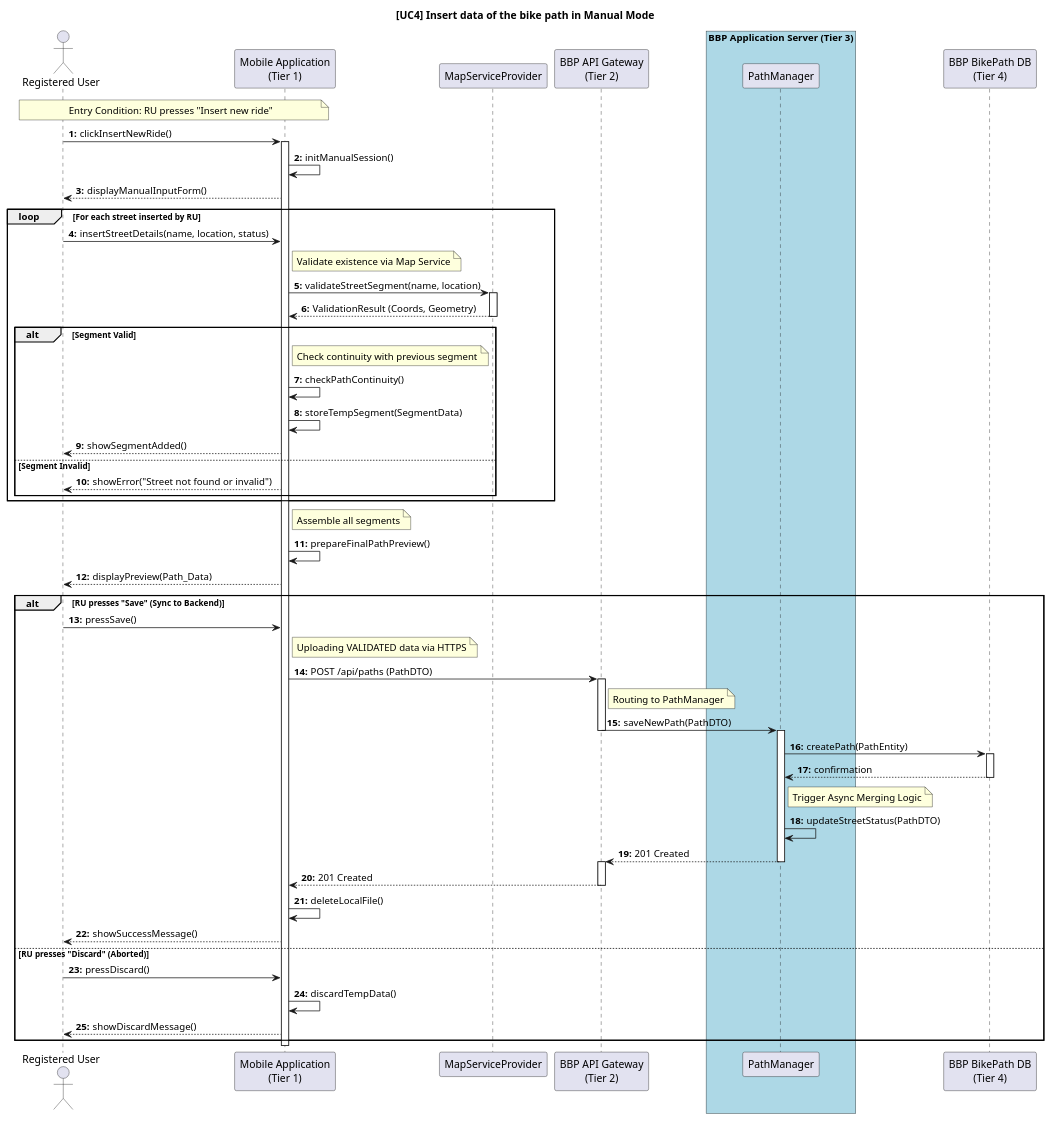
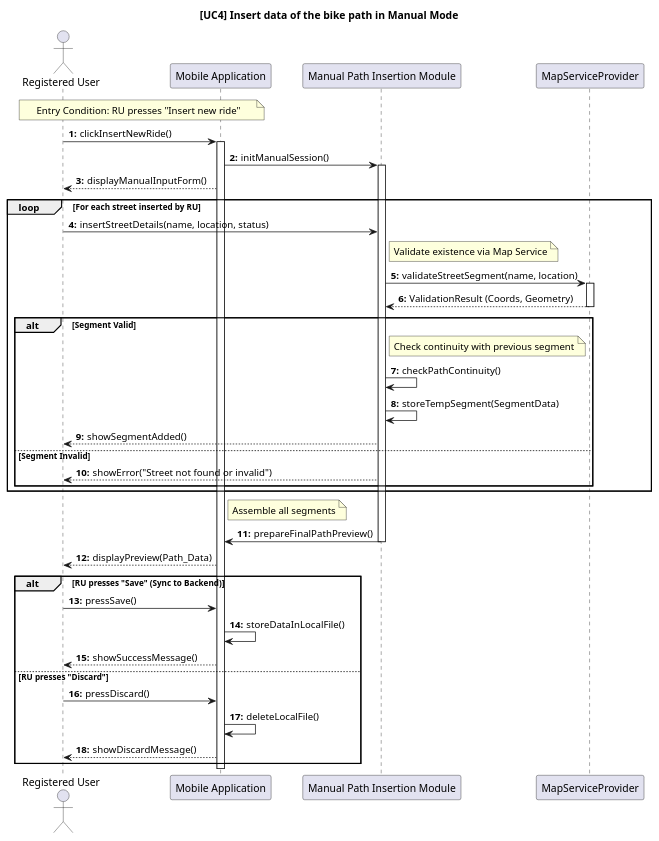
Before and after one commit to ilevinci/RubinoUvinsiVinciguerra: the diagram in DD/sequencediagrams/usecase4.puml, drawn with PlantUML. The commit also changed 8 other files, not shown here.

Commit message:
update sequence diagrams (use case->component)

```diff
--- a/DD/sequencediagrams/usecase4.puml
+++ b/DD/sequencediagrams/usecase4.puml
@@ -1,108 +1,80 @@
 @startuml UC4_InsertManualMode_Design
 autonumber "<b>0:"
 title [UC4] Insert data of the bike path in Manual Mode
 
 ' =======================================================
 ' COMPONENT DEFINITION
 ' =======================================================
 actor "Registered User" as RU
-participant "Mobile Application\n(Tier 1)" as Client
+participant "Mobile Application" as Client
+participant "Manual Path Insertion Module" as MPIM
 
 ' External Service (Validazione Geografica)
 participant "MapServiceProvider" as Map
 
-' Backend System
-participant "BBP API Gateway\n(Tier 2)" as GW
-box "BBP Application Server (Tier 3)" #LightBlue
-    participant "PathManager" as TM
-end box
-participant "BBP BikePath DB\n(Tier 4)" as DB
+
 
 ' =======================================================
 ' ENTRY CONDITION
 ' =======================================================
 note over RU, Client: Entry Condition: RU presses "Insert new ride"
 
 ' =======================================================
 ' INITIALIZATION
 ' =======================================================
 RU -> Client: clickInsertNewRide()
 activate Client
-Client -> Client: initManualSession()
+Client -> MPIM: initManualSession()
+activate MPIM
 Client --> RU: displayManualInputForm()
 
 ' =======================================================
 ' (a) & (b) ITERATIVE INSERTION & VALIDATION
 ' =======================================================
 loop For each street inserted by RU
-    RU -> Client: insertStreetDetails(name, location, status)
+    RU -> MPIM: insertStreetDetails(name, location, status)
     
     ' Validazione Esterna (Smart Client)
-    note right of Client: Validate existence via Map Service
-    Client -> Map: validateStreetSegment(name, location)
+    note right of MPIM: Validate existence via Map Service
+    MPIM -> Map: validateStreetSegment(name, location)
     activate Map
-    Map --> Client: ValidationResult (Coords, Geometry)
+    Map --> MPIM: ValidationResult (Coords, Geometry)
     deactivate Map
     
     alt Segment Valid
         ' Validazione Logica Locale
-        note right of Client: Check continuity with previous segment
-        Client -> Client: checkPathContinuity()
+        note right of MPIM: Check continuity with previous segment
+        MPIM -> MPIM: checkPathContinuity()
         
-        Client -> Client: storeTempSegment(SegmentData)
-        Client --> RU: showSegmentAdded()
+        MPIM -> MPIM: storeTempSegment(SegmentData)
+        MPIM --> RU: showSegmentAdded()
     else Segment Invalid
-        Client --> RU: showError("Street not found or invalid")
+        MPIM --> RU: showError("Street not found or invalid")
     end
 end
 
 ' =======================================================
 ' (c) PREVIEW
 ' =======================================================
 note right of Client: Assemble all segments
-Client -> Client: prepareFinalPathPreview()
+MPIM -> Client: prepareFinalPathPreview()
+deactivate MPIM
 Client --> RU: displayPreview(Path_Data)
 
-' =======================================================
-' EXIT CONDITION: PUBLISH OR DISCARD
+' ' =======================================================
+' EXIT CONDITION: SAVE OR DISCARD
 ' =======================================================
 alt RU presses "Save" (Sync to Backend)
     RU -> Client: pressSave()
     
-    ' Invio del pacchetto completo e pulito al server
-    note right of Client: Uploading VALIDATED data via HTTPS
-    Client -> GW: POST /api/paths (PathDTO)
-    activate GW
-    
-    note right of GW: Routing to PathManager
-    GW -> TM: saveNewPath(PathDTO)
-    deactivate GW
-    activate TM
+    Client -> Client: storeDataInLocalFile()
+    Client --> RU: showSuccessMessage()
 
-    ' Persistenza
-    TM -> DB: createPath(PathEntity)
-    activate DB
-    DB --> TM: confirmation
-    deactivate DB
-
-    ' Logica di Fusione (Requisito Gruppo 3)
-    note right of TM: Trigger Async Merging Logic
-    TM -> TM: updateStreetStatus(PathDTO)
-
-    ' Risposta
-    TM --> GW: 201 Created
-    deactivate TM
-    activate GW
-    GW --> Client: 201 Created
-    deactivate GW
-    
+else RU presses "Discard"
+    RU -> Client: pressDiscard()
     Client -> Client: deleteLocalFile()
-    Client --> RU: showSuccessMessage()
-else RU presses "Discard" (Aborted)
-    RU -> Client: pressDiscard()
-    Client -> Client: discardTempData()
     Client --> RU: showDiscardMessage()
 end
 
 deactivate Client
 @enduml
```
